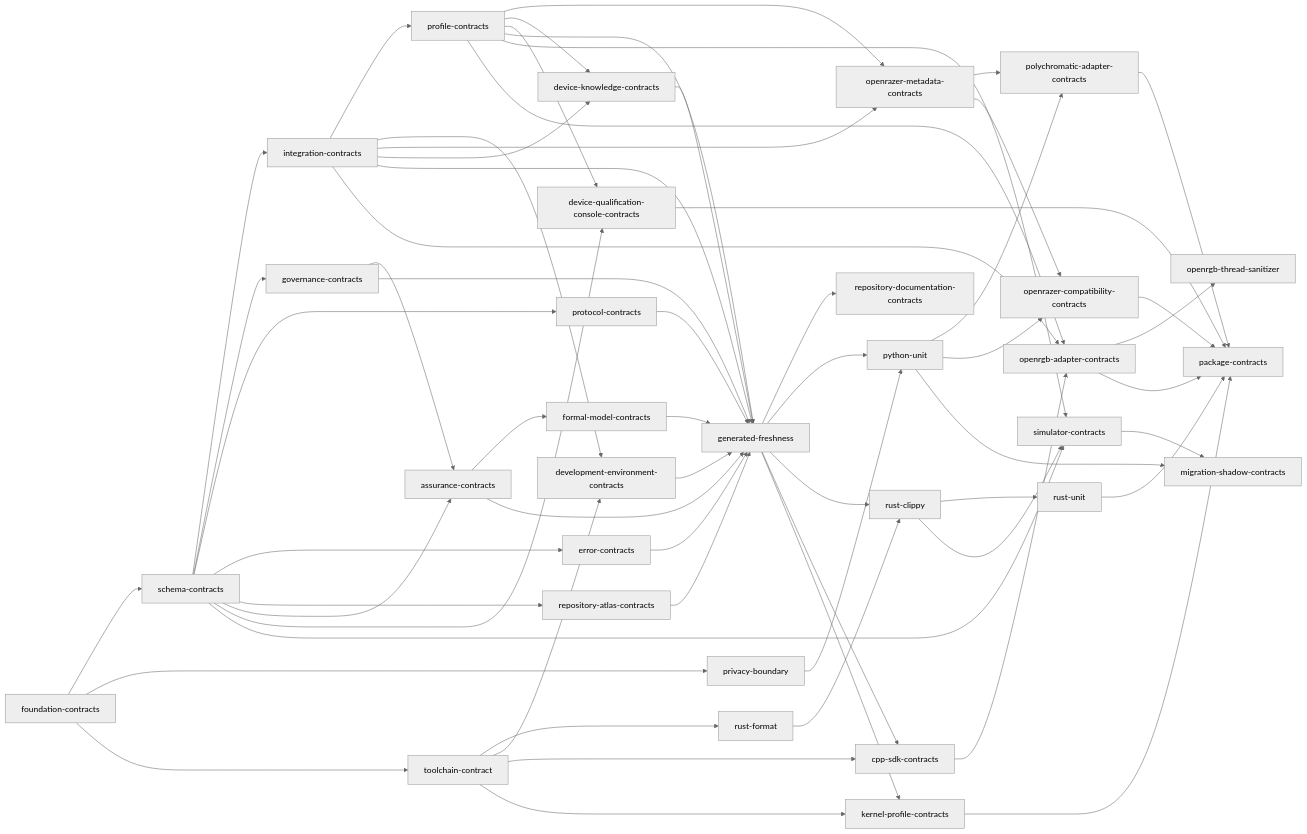
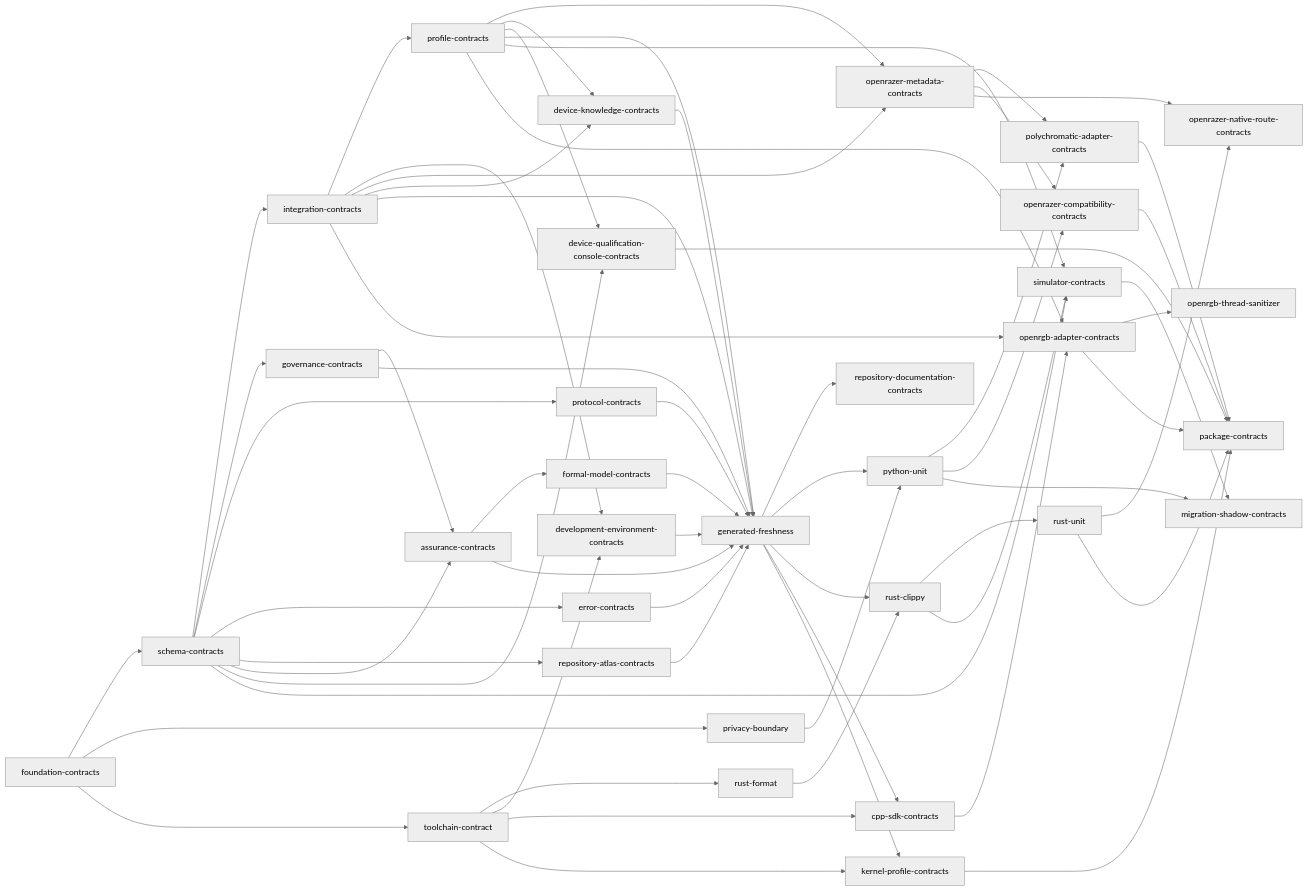
The diagram in docs/generated/verification.md (offalexjackson777-stack/hyperflux-next), drawn with Mermaid (neutral theme) before and after one commit. The commit also changed other lines of this file and 68 other files, not shown here.

```diff
--- a/docs/generated/verification.md
+++ b/docs/generated/verification.md
@@ -71,6 +72,7 @@
     openrgb_adapter_contracts["openrgb-adapter-contracts"]
     polychromatic_adapter_contracts["polychromatic-adapter-contracts"]
     openrazer_compatibility_contracts["openrazer-compatibility-contracts"]
+    openrazer_native_route_contracts["openrazer-native-route-contracts"]
     migration_shadow_contracts["migration-shadow-contracts"]
     openrgb_thread_sanitizer["openrgb-thread-sanitizer"]
     package_contracts["package-contracts"]
@@ -125,6 +127,8 @@
     python_unit --> polychromatic_adapter_contracts
     openrazer_metadata_contracts --> openrazer_compatibility_contracts
     python_unit --> openrazer_compatibility_contracts
+    openrazer_metadata_contracts --> openrazer_native_route_contracts
+    rust_unit --> openrazer_native_route_contracts
     simulator_contracts --> migration_shadow_contracts
     python_unit --> migration_shadow_contracts
     openrgb_adapter_contracts --> openrgb_thread_sanitizer
```
